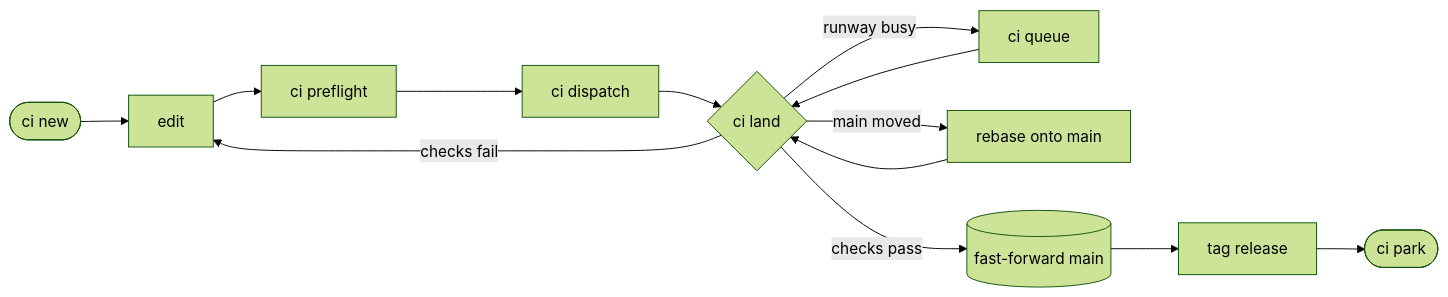
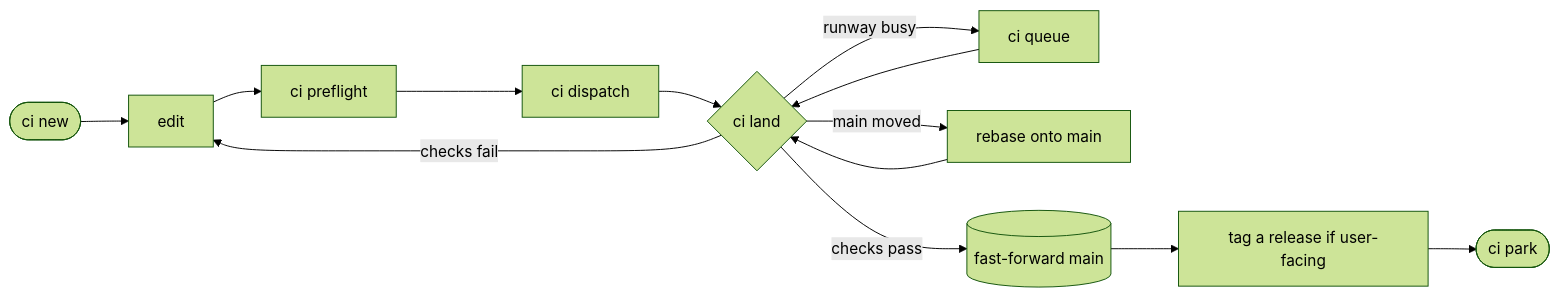
The diagram in README.md (schlich/ci), drawn with Mermaid (forest theme) before and after one commit. The commit also changed other lines of this file, not shown here.

````diff
--- a/README.md
+++ b/README.md
@@ -12,13 +31,13 @@
 ```mermaid
 flowchart LR
     new([ci new]) --> edit[edit]
     edit --> preflight[ci preflight]
     preflight --> dispatch[ci dispatch]
     dispatch --> land{ci land}
     land -- runway busy --> queue[ci queue] --> land
     land -- main moved --> rebase[rebase onto main] --> land
     land -- checks fail --> edit
     land -- checks pass --> main[(fast-forward main)]
-    main --> release[tag release]
+    main --> release[tag a release if user-facing]
     release --> park([ci park])
 ```
````
